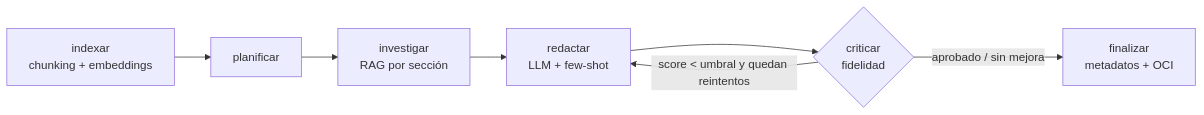
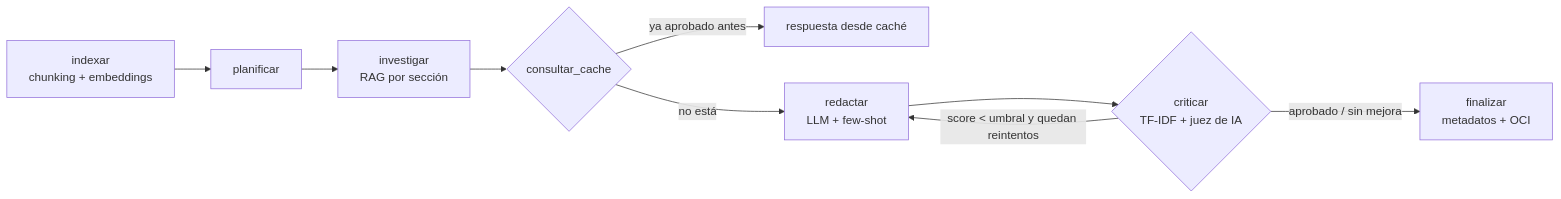
One commit to No-Country-simulation/G10-LATAM-EQUIPO_41_KAIROS changed the diagram in README.md. Above: the diagram before and after it, drawn with Mermaid. The commit also changed other lines of this file, not shown here.

Commit message:
README actualizado: formatos del enunciado, historial, caché, OCI, despliegue, video en segundo plano y 263 pruebas

````diff
--- a/README.md
+++ b/README.md
@@ -93,9 +101,11 @@
 ```mermaid
 flowchart LR
     I[indexar<br/>chunking + embeddings] --> A[planificar]
     A --> B[investigar<br/>RAG por sección]
-    B --> C[redactar<br/>LLM + few-shot]
-    C --> E{criticar<br/>fidelidad}
+    B --> K{consultar_cache}
+    K -- ya aprobado antes --> Z[respuesta desde caché]
+    K -- no está --> C[redactar<br/>LLM + few-shot]
+    C --> E{criticar<br/>TF-IDF + juez de IA}
     E -- score < umbral y quedan reintentos --> C
     E -- aprobado / sin mejora --> F[finalizar<br/>metadatos + OCI]
 ```
````
